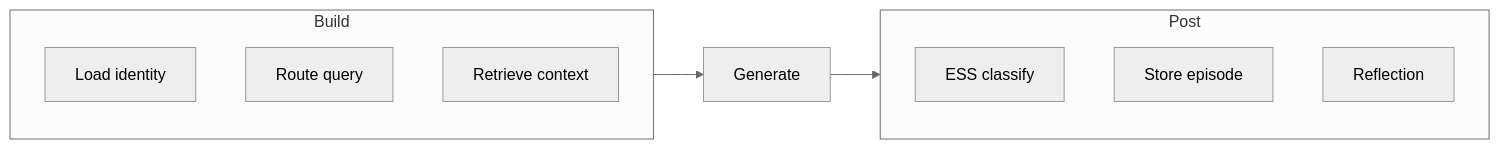
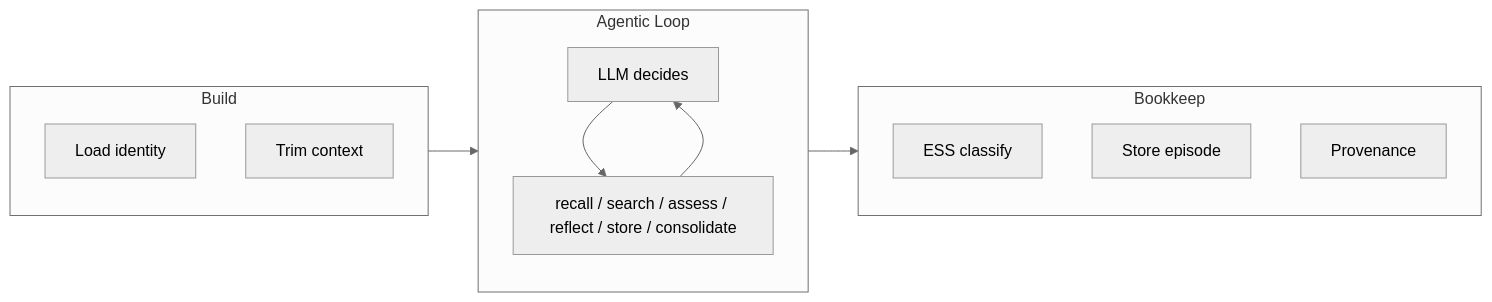
One commit to Okm165/Sonality changed the second of 2 diagrams in docs/architecture/overview.md. Above: the diagram before and after it, drawn with Mermaid (neutral theme). The commit also changed other lines of this file and 19 other files, not shown here.

````diff
--- a/docs/architecture/overview.md
+++ b/docs/architecture/overview.md
@@ -31,14 +31,18 @@
 ```mermaid
 flowchart LR
     subgraph Build
         Load[Load identity]
-        Route[Route query]
-        Retrieve[Retrieve context]
+        Trim[Trim context]
     end
-    Build --> LLM[Generate] --> Post
-    subgraph Post
+    Build --> Loop
+    subgraph Loop[Agentic Loop]
+        LLM[LLM decides] --> Tools[recall / search / assess / reflect / store / consolidate]
+        Tools --> LLM
+    end
+    Loop --> Bookkeep
+    subgraph Bookkeep
         ESS[ESS classify]
         Store[Store episode]
-        Reflect[Reflection]
+        Prov[Provenance]
     end
 ```
````
